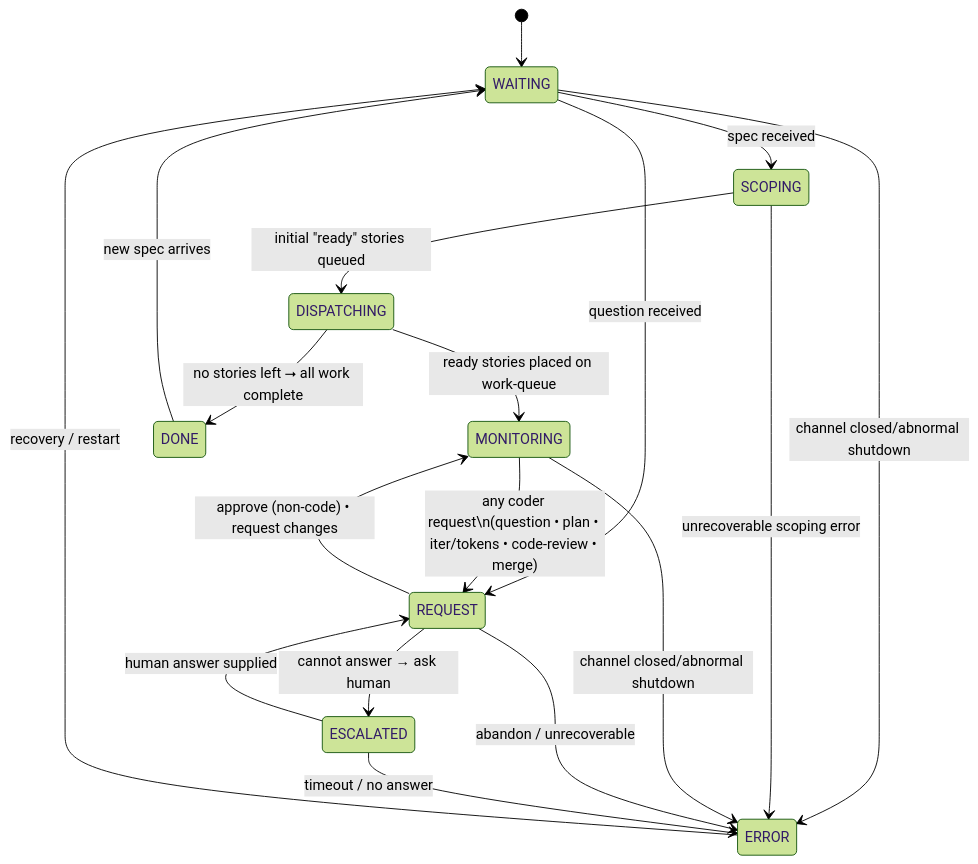
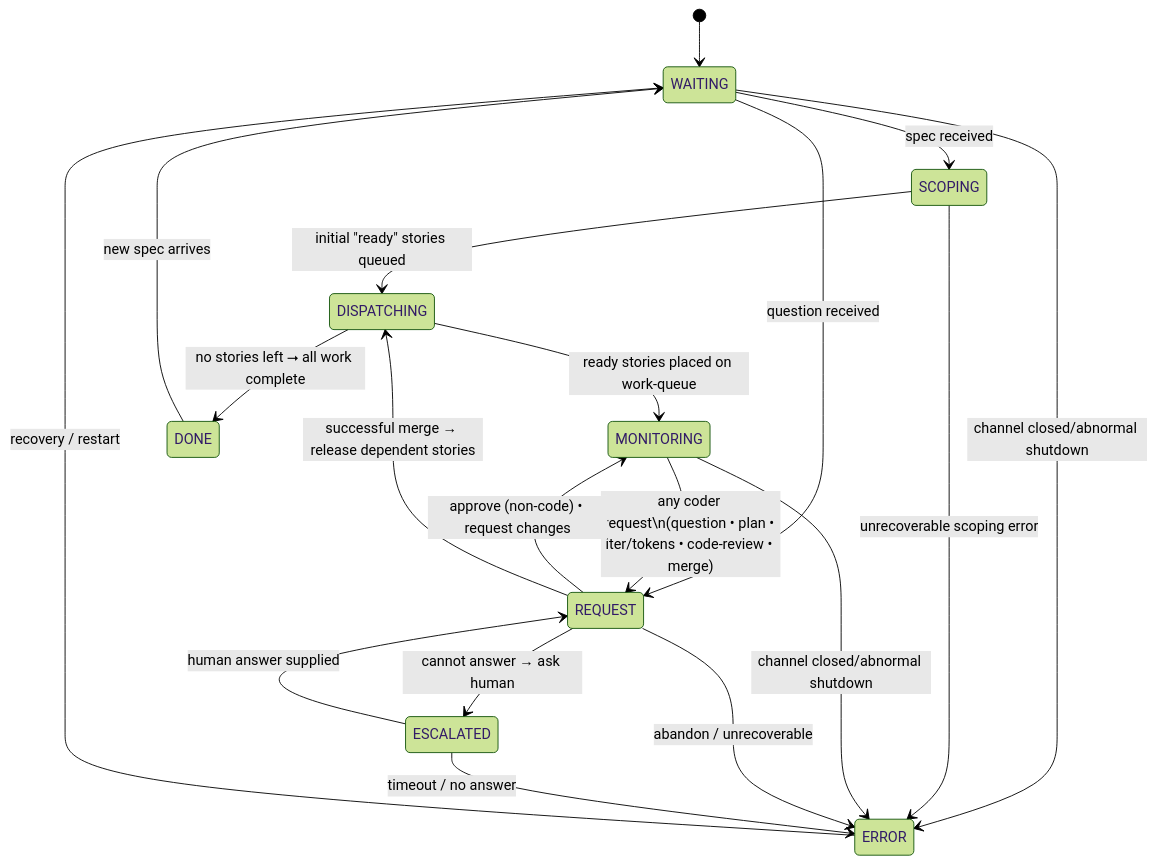
The diagram in pkg/architect/STATES.md (SnapdragonPartners/maestro), drawn with Mermaid (forest theme) before and after one commit. The commit also changed other lines of this file and 9 other files, not shown here.

````diff
--- a/pkg/architect/STATES.md
+++ b/pkg/architect/STATES.md
@@ -12,36 +12,37 @@
 ```mermaid
 stateDiagram-v2
     %% ---------- ENTRY ----------
     [*] --> WAITING              
 
     %% ---------- SPEC INTAKE ----------
     WAITING       --> SCOPING            : spec received
     WAITING       --> REQUEST            : question received  
     WAITING       --> ERROR              : channel closed/abnormal shutdown
     SCOPING       --> DISPATCHING        : initial "ready" stories queued
     SCOPING       --> ERROR              : unrecoverable scoping error
 
     %% ---------- STORY DISPATCH ----------
     DISPATCHING   --> MONITORING         : ready stories placed on work-queue
     DISPATCHING   --> DONE               : no stories left ⭢ all work complete
 
     %% ---------- MAIN EVENT LOOP ----------
     MONITORING    --> REQUEST            : any coder request\n(question • plan • iter/tokens • code-review • merge)
     MONITORING    --> ERROR              : channel closed/abnormal shutdown
     
     %% ---------- REQUEST HANDLING ----------
     REQUEST       --> MONITORING         : approve (non-code) • request changes  
+    REQUEST       --> DISPATCHING        : successful merge → release dependent stories
     REQUEST       --> ESCALATED          : cannot answer → ask human
     REQUEST       --> ERROR              : abandon / unrecoverable
 
     %% ---------- HUMAN ESCALATION ----------
     ESCALATED     --> REQUEST            : human answer supplied
     ESCALATED     --> ERROR              : timeout / no answer
 
     %% ---------- TERMINALS ----------
     DONE          --> WAITING            : new spec arrives
     ERROR         --> WAITING            : recovery / restart
 
     %% ---------- NOTES ----------
     %% Self-loops (state → same state) are always valid and are used for states that wait for external events.
 ```
````
